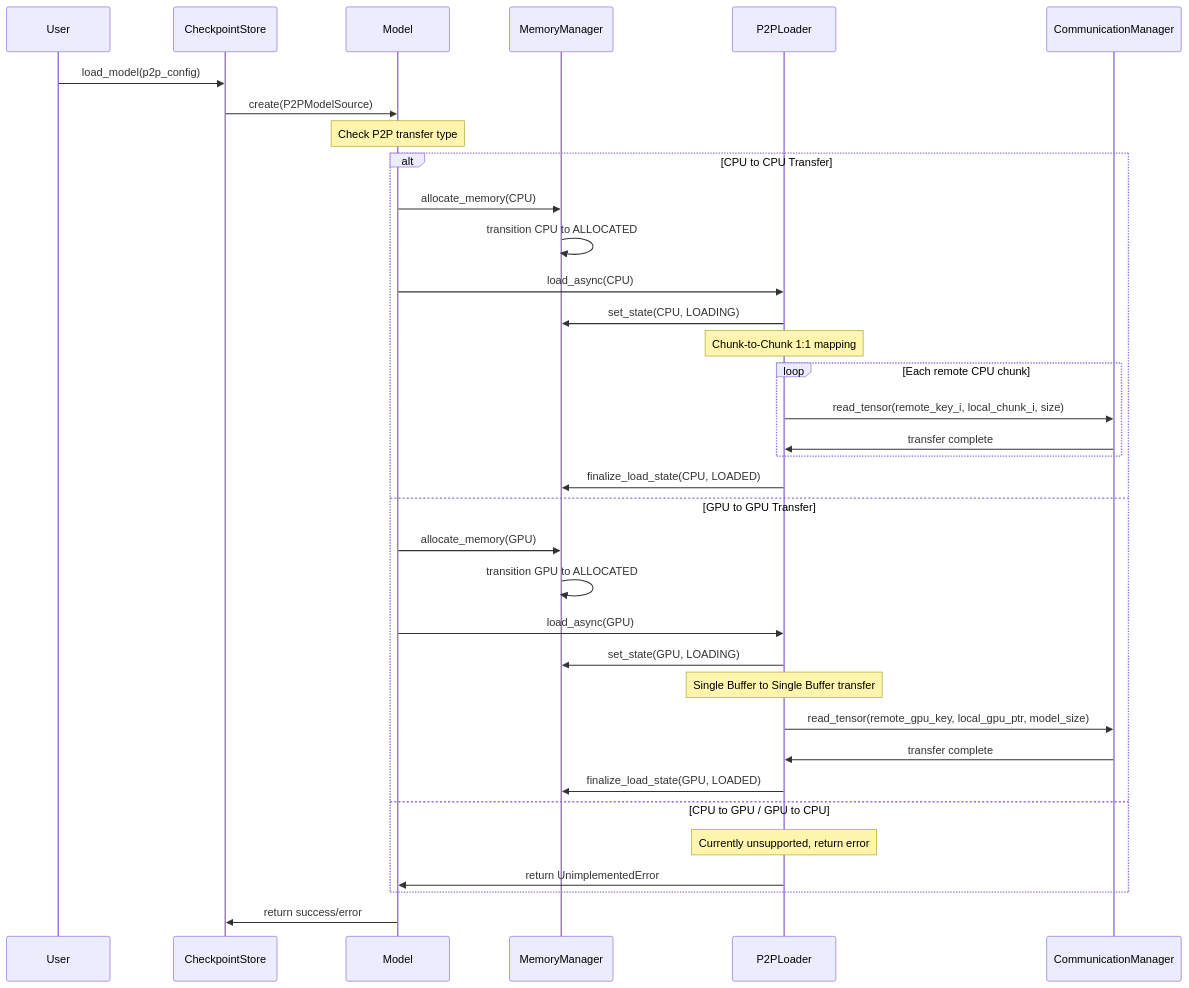
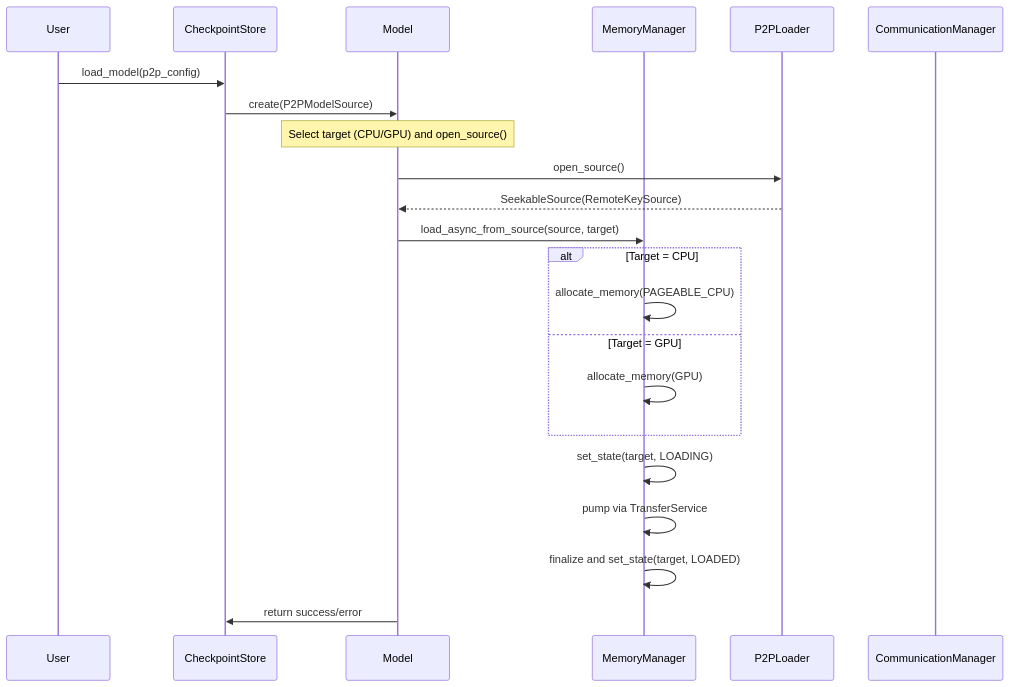
One commit to tensorcast-ai/tensorcast changed diagram 12 of 13 in web-docs/docs/developer-guides/core/store/architecture.md. Above: the diagram before and after it, drawn with Mermaid. The commit also changed other lines of this file and 2 other files, not shown here.

````diff
--- a/web-docs/docs/developer-guides/core/store/architecture.md
+++ b/web-docs/docs/developer-guides/core/store/architecture.md
@@ -692,48 +524,29 @@
 ```mermaid
 sequenceDiagram
     participant User
     participant CS as CheckpointStore
     participant M as Model
     participant MM as MemoryManager
     participant RL as P2PLoader
     participant CM as CommunicationManager
 
     User->>CS: load_model(p2p_config)
     CS->>M: create(P2PModelSource)
 
-    Note over M: Check P2P transfer type
-    alt CPU to CPU Transfer
-        M->>MM: allocate_memory(CPU)
-        MM->>MM: transition CPU to ALLOCATED
-        M->>RL: load_async(CPU)
+    Note over M: Select target (CPU/GPU) and open_source()
+    M->>RL: open_source()
+    RL-->>M: SeekableSource(RemoteKeySource)
+    M->>MM: load_async_from_source(source, target)
 
-        RL->>MM: set_state(CPU, LOADING)
+    alt Target = CPU
+        MM->>MM: allocate_memory(PAGEABLE_CPU)
+    else Target = GPU
+        MM->>MM: allocate_memory(GPU)
+    end
 
-        Note over RL: Chunk-to-Chunk 1:1 mapping
-        loop Each remote CPU chunk
-            RL->>CM: read_tensor(remote_key_i, local_chunk_i, size)
-            CM->>RL: transfer complete
-        end
-
-        RL->>MM: finalize_load_state(CPU, LOADED)
-
-    else GPU to GPU Transfer
-        M->>MM: allocate_memory(GPU)
-        MM->>MM: transition GPU to ALLOCATED
-        M->>RL: load_async(GPU)
-
-        RL->>MM: set_state(GPU, LOADING)
-
-        Note over RL: Single Buffer to Single Buffer transfer
-        RL->>CM: read_tensor(remote_gpu_key, local_gpu_ptr, model_size)
-        CM->>RL: transfer complete
-
-        RL->>MM: finalize_load_state(GPU, LOADED)
-
-    else CPU to GPU / GPU to CPU
-        Note over RL: Currently unsupported, return error
-        RL->>M: return UnimplementedError
-    end
+    MM->>MM: set_state(target, LOADING)
+    MM->>MM: pump via TransferService
+    MM->>MM: finalize and set_state(target, LOADED)
 
     M->>CS: return success/error
 ```
````
